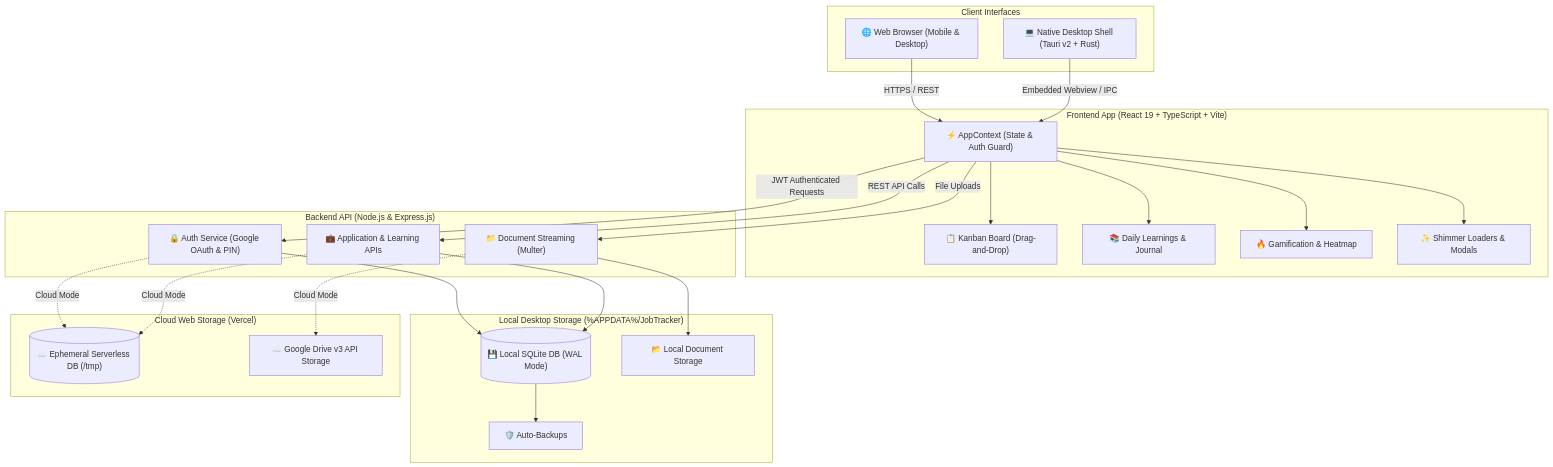
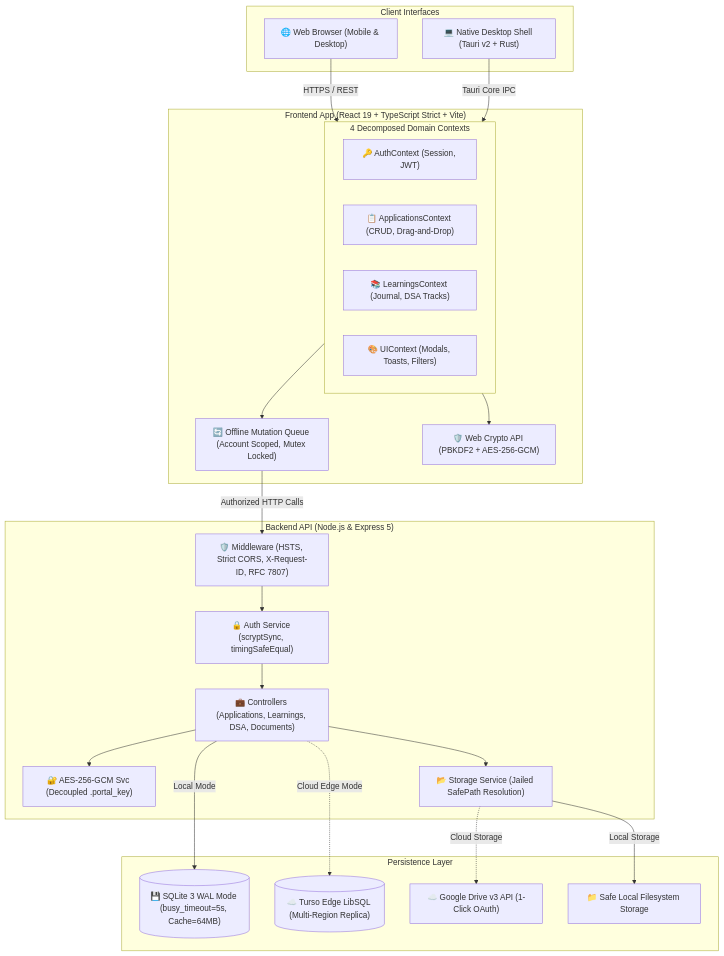
Before and after one commit to varunchandra10/job_kanban_board: the first of 3 diagrams in docs/ARCHITECTURE.md, drawn with Mermaid. The commit also changed other lines of this file and 5 other files, not shown here.

````diff
--- a/docs/ARCHITECTURE.md
+++ b/docs/ARCHITECTURE.md
@@ -9,53 +9,48 @@
 ```mermaid
 flowchart TD
     subgraph Client ["Client Interfaces"]
         WEB["🌐 Web Browser (Mobile & Desktop)"]
         DESK["💻 Native Desktop Shell (Tauri v2 + Rust)"]
     end
 
-    subgraph Frontend ["Frontend App (React 19 + TypeScript + Vite)"]
-        STATE["⚡ AppContext (State & Auth Guard)"]
-        UI_KANBAN["📋 Kanban Board (Drag-and-Drop)"]
-        UI_LEARN["📚 Daily Learnings & Journal"]
-        UI_STATS["🔥 Gamification & Heatmap"]
-        UI_LOADER["✨ Shimmer Loaders & Modals"]
+    subgraph Frontend ["Frontend App (React 19 + TypeScript Strict + Vite)"]
+        subgraph Context_Layer ["4 Decomposed Domain Contexts"]
+            AUTH_CTX["🔑 AuthContext (Session, JWT)"]
+            APP_CTX["📋 ApplicationsContext (CRUD, Drag-and-Drop)"]
+            LEARN_CTX["📚 LearningsContext (Journal, DSA Tracks)"]
+            UI_CTX["🎨 UIContext (Modals, Toasts, Filters)"]
+        end
+        SYNC["🔄 Offline Mutation Queue (Account Scoped, Mutex Locked)"]
+        CRYPTO_CLIENT["🛡️ Web Crypto API (PBKDF2 + AES-256-GCM)"]
     end
 
-    subgraph Backend ["Backend API (Node.js & Express.js)"]
-        AUTH_ROUTER["🔒 Auth Service (Google OAuth & PIN)"]
-        API_ROUTER["💼 Application & Learning APIs"]
-        STORAGE_ROUTER["📁 Document Streaming (Multer)"]
+    subgraph Backend ["Backend API (Node.js & Express 5)"]
+        MW_PIPE["🛡️ Middleware (HSTS, Strict CORS, X-Request-ID, RFC 7807)"]
+        AUTH_SVC["🔒 Auth Service (scryptSync, timingSafeEqual)"]
+        API_ROUTER["💼 Controllers (Applications, Learnings, DSA, Documents)"]
+        CRYPTO_SVC["🔐 AES-256-GCM Svc (Decoupled .portal_key)"]
+        STORAGE_SVC["📂 Storage Service (Jailed SafePath Resolution)"]
     end
 
-    subgraph Local_Storage ["Local Desktop Storage (%APPDATA%/JobTracker)"]
-        SQLITE_LOCAL[("💾 Local SQLite DB (WAL Mode)")]
-        DOCS_LOCAL["📂 Local Document Storage"]
-        BACKUP_LOCAL["🛡️ Auto-Backups"]
+    subgraph Persistence ["Persistence Layer"]
+        SQLITE_LOCAL[("💾 SQLite 3 WAL Mode (busy_timeout=5s, Cache=64MB)")]
+        TURSO_CLOUD[("☁️ Turso Edge LibSQL (Multi-Region Replica)")]
+        GDRIVE["☁️ Google Drive v3 API (1-Click OAuth)"]
+        FS_LOCAL["📁 Safe Local Filesystem Storage"]
     end
 
-    subgraph Cloud_Storage ["Cloud Web Storage (Vercel)"]
-        SQLITE_CLOUD[("☁️ Ephemeral Serverless DB (/tmp)")]
-        GDRIVE["☁️ Google Drive v3 API Storage"]
-    end
+    WEB -->|"HTTPS / REST"| Context_Layer
+    DESK -->|"Tauri Core IPC"| Context_Layer
+    Context_Layer --> SYNC
+    Context_Layer --> CRYPTO_CLIENT
+    SYNC -->|"Authorized HTTP Calls"| MW_PIPE
+    MW_PIPE --> AUTH_SVC
+    AUTH_SVC --> API_ROUTER
+    API_ROUTER --> CRYPTO_SVC
+    API_ROUTER --> STORAGE_SVC
 
-    WEB -->|"HTTPS / REST"| STATE
-    DESK -->|"Embedded Webview / IPC"| STATE
-
-    STATE --> UI_KANBAN
-    STATE --> UI_LEARN
-    STATE --> UI_STATS
-    STATE --> UI_LOADER
-
-    STATE -->|"JWT Authenticated Requests"| AUTH_ROUTER
-    STATE -->|"REST API Calls"| API_ROUTER
-    STATE -->|"File Uploads"| STORAGE_ROUTER
-
-    AUTH_ROUTER --> SQLITE_LOCAL
-    API_ROUTER --> SQLITE_LOCAL
-    STORAGE_ROUTER --> DOCS_LOCAL
-    SQLITE_LOCAL --> BACKUP_LOCAL
-
-    AUTH_ROUTER -.->|"Cloud Mode"| SQLITE_CLOUD
-    API_ROUTER -.->|"Cloud Mode"| SQLITE_CLOUD
-    STORAGE_ROUTER -.->|"Cloud Mode"| GDRIVE
+    API_ROUTER -->|"Local Mode"| SQLITE_LOCAL
+    API_ROUTER -.->|"Cloud Edge Mode"| TURSO_CLOUD
+    STORAGE_SVC -->|"Local Storage"| FS_LOCAL
+    STORAGE_SVC -.->|"Cloud Storage"| GDRIVE
 ```
````
